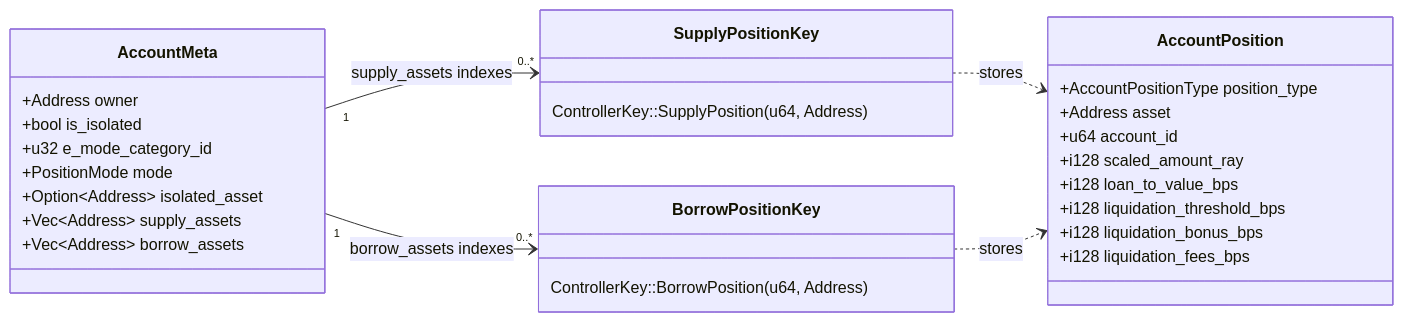
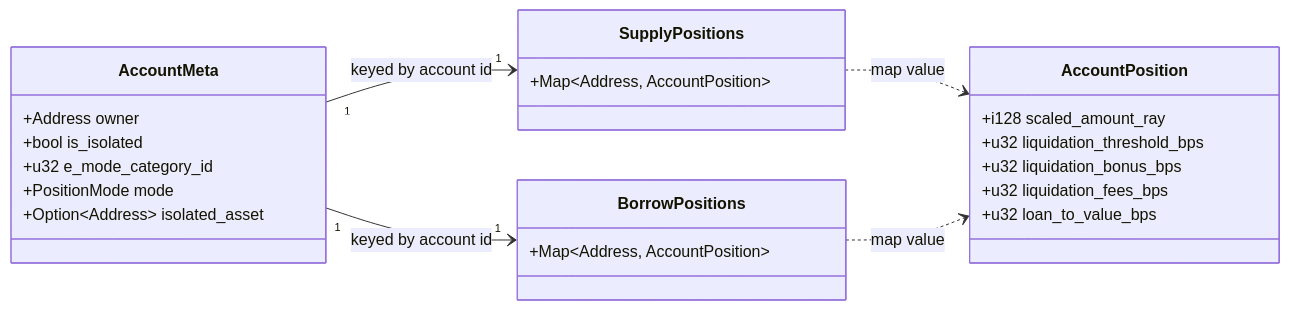
One commit to XOXNO/rs-lending-xlm changed the second of 14 diagrams in SCF_BUILD_ARCHITECTURE.md. Above: the diagram before and after it, drawn with Mermaid. The commit also changed other lines of this file and 332 other files, not shown here.

````diff
--- a/SCF_BUILD_ARCHITECTURE.md
+++ b/SCF_BUILD_ARCHITECTURE.md
@@ -159,38 +202,33 @@
 ```mermaid
 classDiagram
     direction LR
 
     class AccountMeta {
         +Address owner
         +bool is_isolated
         +u32 e_mode_category_id
         +PositionMode mode
         +Option~Address~ isolated_asset
-        +Vec~Address~ supply_assets
-        +Vec~Address~ borrow_assets
+    }
+
+    class SupplyPositions {
+        +Map~Address, AccountPosition~
+    }
+
+    class BorrowPositions {
+        +Map~Address, AccountPosition~
     }
 
     class AccountPosition {
-        +AccountPositionType position_type
-        +Address asset
-        +u64 account_id
         +i128 scaled_amount_ray
-        +i128 loan_to_value_bps
-        +i128 liquidation_threshold_bps
-        +i128 liquidation_bonus_bps
-        +i128 liquidation_fees_bps
+        +u32 liquidation_threshold_bps
+        +u32 liquidation_bonus_bps
+        +u32 liquidation_fees_bps
+        +u32 loan_to_value_bps
     }
 
-    class SupplyPositionKey {
-        ControllerKey::SupplyPosition(u64, Address)
-    }
-
-    class BorrowPositionKey {
-        ControllerKey::BorrowPosition(u64, Address)
-    }
-
-    AccountMeta "1" --> "0..*" SupplyPositionKey : supply_assets indexes
-    AccountMeta "1" --> "0..*" BorrowPositionKey : borrow_assets indexes
-    SupplyPositionKey ..> AccountPosition : stores
-    BorrowPositionKey ..> AccountPosition : stores
+    AccountMeta "1" --> "1" SupplyPositions : keyed by account id
+    AccountMeta "1" --> "1" BorrowPositions : keyed by account id
+    SupplyPositions ..> AccountPosition : map value
+    BorrowPositions ..> AccountPosition : map value
 ```
````
